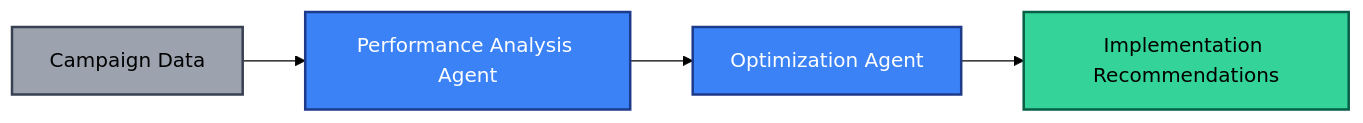
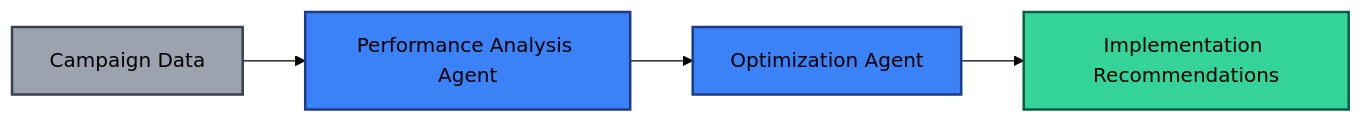
Before and after one commit to lraigosov/multi-agent: the second of 3 diagrams in README.md, drawn with Mermaid (forest theme). The commit also changed other lines of this file, not shown here.

Commit message:
style: Set dark text colors in Mermaid diagrams for GitHub readability

````diff
--- a/README.md
+++ b/README.md
@@ -588,11 +588,11 @@
 ```mermaid
 graph LR
     A[Campaign Data] --> B[Performance Analysis Agent]
     B --> C[Optimization Agent]
     C --> D[Implementation Recommendations]
     
     style A fill:#9ca3af,stroke:#374151,stroke-width:2px,color:#000
-    style B fill:#3b82f6,stroke:#1e3a8a,stroke-width:2px,color:#fff
-    style C fill:#3b82f6,stroke:#1e3a8a,stroke-width:2px,color:#fff
+    style B fill:#3b82f6,stroke:#1e3a8a,stroke-width:2px,color:#000
+    style C fill:#3b82f6,stroke:#1e3a8a,stroke-width:2px,color:#000
     style D fill:#34d399,stroke:#065f46,stroke-width:2px,color:#000
 ```
````
